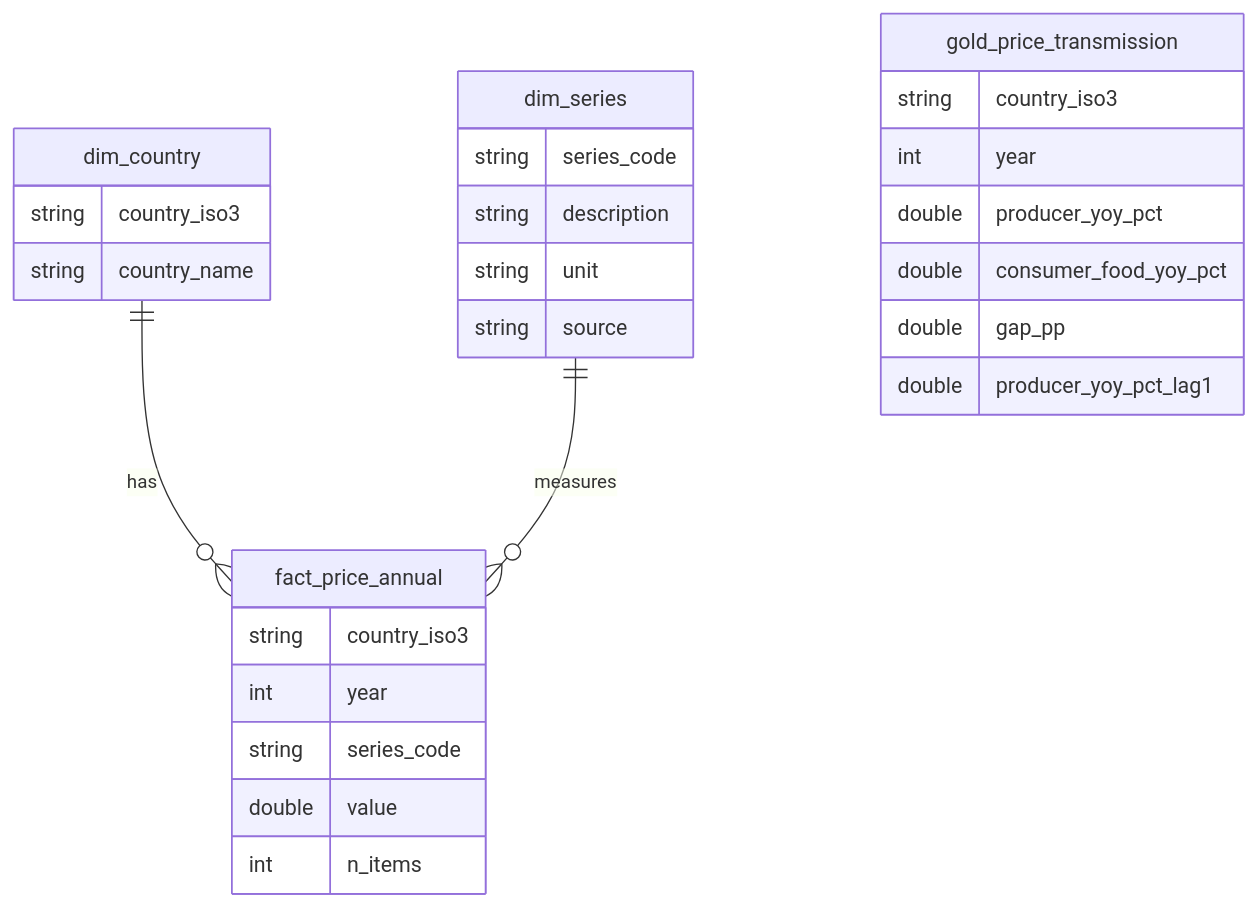
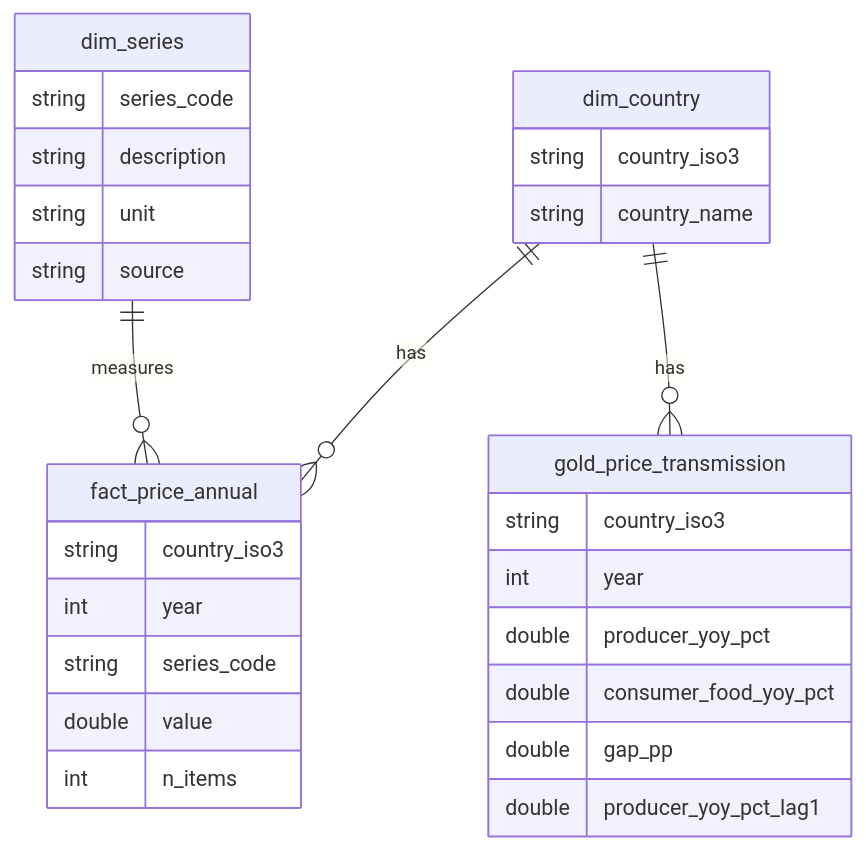
Before and after one commit to alejandrocaldentey/fabric-lakehouse-food-prices: the diagram in docs/data-model.md, drawn with Mermaid. The commit also changed other lines of this file and 2 other files, not shown here.

````diff
--- a/docs/data-model.md
+++ b/docs/data-model.md
@@ -26,30 +28,31 @@
 ```mermaid
 erDiagram
     dim_country ||--o{ fact_price_annual : has
     dim_series  ||--o{ fact_price_annual : measures
+    dim_country ||--o{ gold_price_transmission : has
     fact_price_annual {
         string country_iso3
         int year
         string series_code
         double value
         int n_items
     }
     dim_country {
         string country_iso3
         string country_name
     }
     dim_series {
         string series_code
         string description
         string unit
         string source
     }
     gold_price_transmission {
         string country_iso3
         int year
         double producer_yoy_pct
         double consumer_food_yoy_pct
         double gap_pp
         double producer_yoy_pct_lag1
     }
 ```
````
